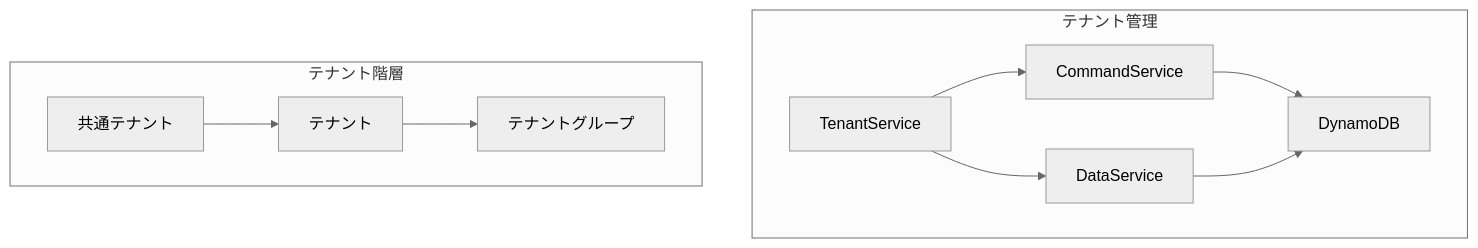
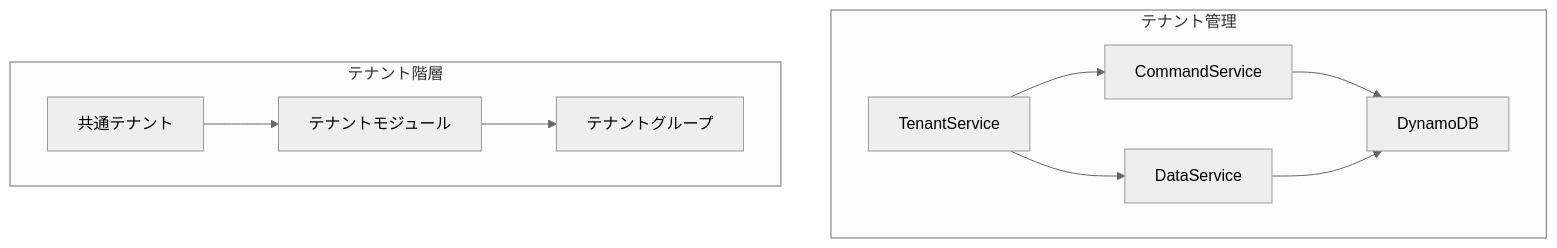
One commit to mbc-net/mbc-cqrs-serverless-doc changed the diagram in i18n/ja/docusaurus-plugin-content-docs/current/tenant.md. Above: the diagram before and after it, drawn with Mermaid (neutral theme). The commit also changed other lines of this file and 8 other files, not shown here.

````diff
--- a/i18n/ja/docusaurus-plugin-content-docs/current/tenant.md
+++ b/i18n/ja/docusaurus-plugin-content-docs/current/tenant.md
@@ -11,14 +11,14 @@
 ```mermaid
 graph TB
     subgraph "テナント管理"
         A["TenantService"] --> B["CommandService"]
         A --> C["DataService"]
         B --> D["DynamoDB"]
         C --> D
     end
 
     subgraph "テナント階層"
-        E["共通テナント"] --> F["テナント"]
+        E["共通テナント"] --> F["テナントモジュール"]
         F --> G["テナントグループ"]
     end
 ```
````
